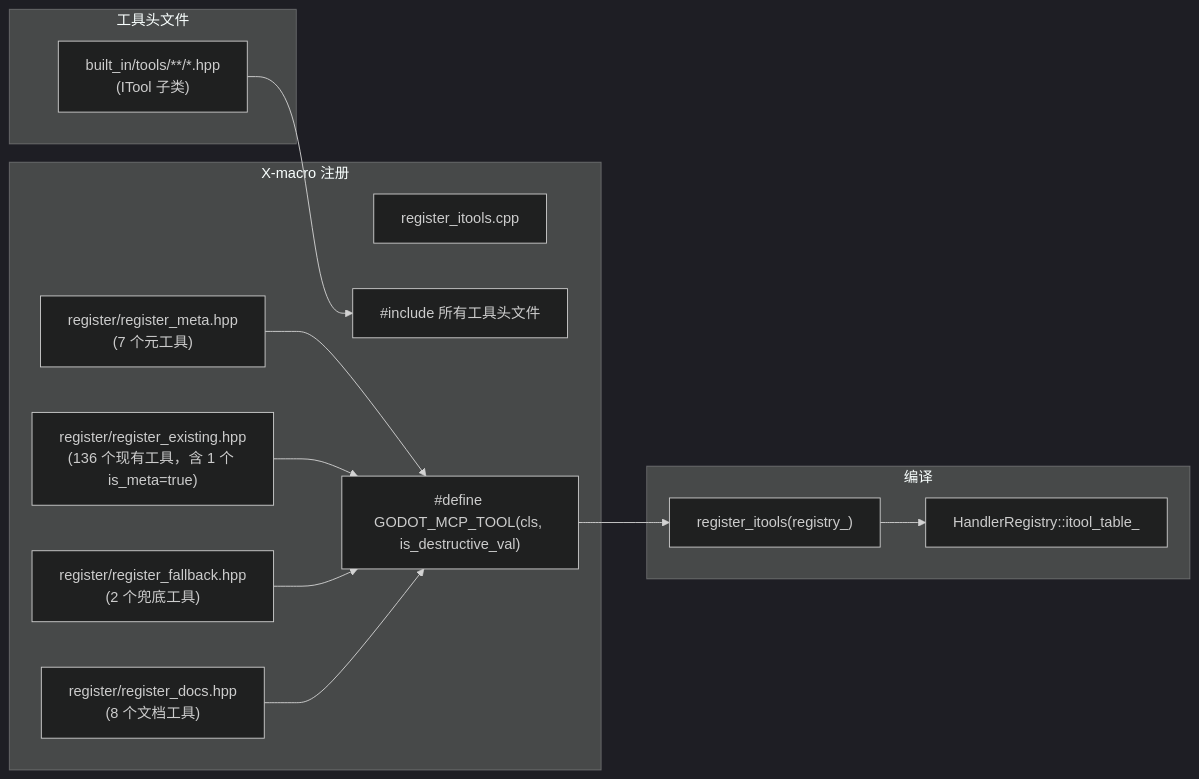
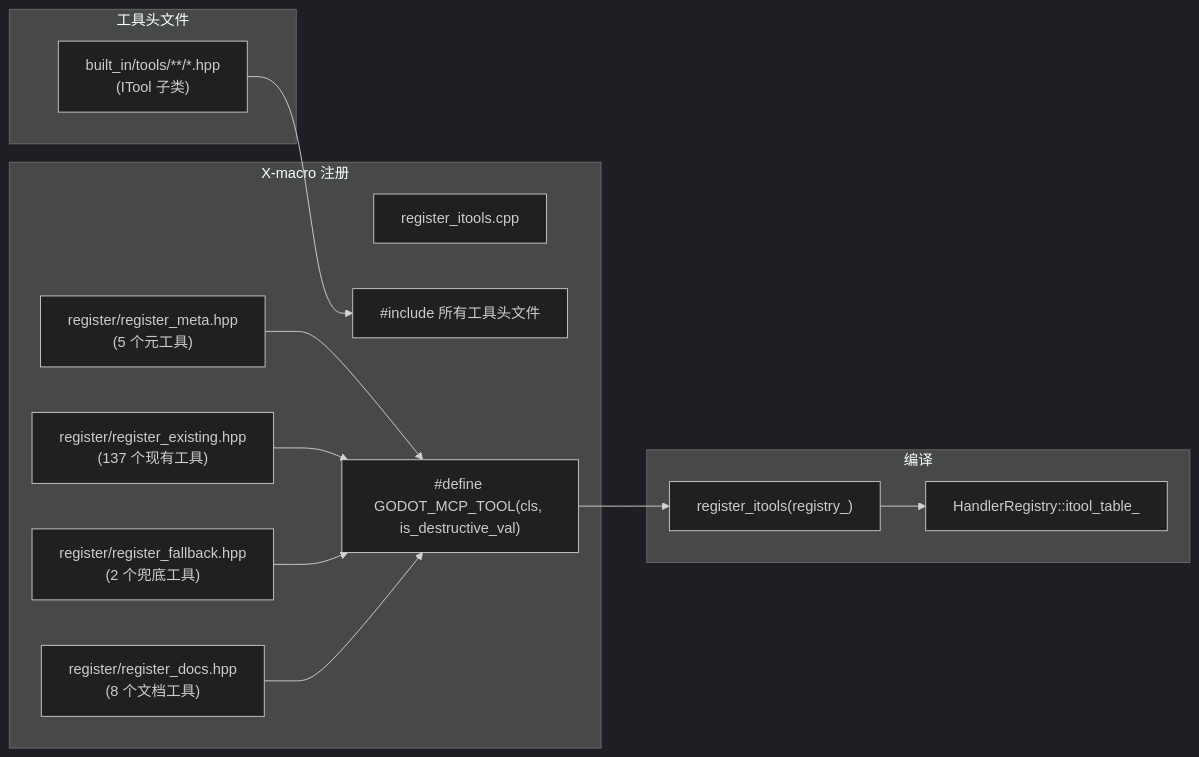
Before and after one commit to jesspig/GodotMCP-GDExtension: the first of 2 diagrams in .repo_wiki/modules/x-macro-registration.md, drawn with Mermaid (dark theme). The commit also changed other lines of this file and 41 other files, not shown here.

````diff
--- a/.repo_wiki/modules/x-macro-registration.md
+++ b/.repo_wiki/modules/x-macro-registration.md
@@ -7,26 +7,26 @@
 ```mermaid
 flowchart LR
     subgraph Headers["工具头文件"]
         HPP["built_in/tools/**/*.hpp<br/>(ITool 子类)"]
     end
     subgraph XMacro["X-macro 注册"]
         REGCPP["register_itools.cpp"]
         INCLUDE["#include 所有工具头文件"]
         MACRO["#define GODOT_MCP_TOOL(cls, is_destructive_val)"]
-        REGMETA["register/register_meta.hpp<br/>(7 个元工具)"]
-        REGEXIST["register/register_existing.hpp<br/>(136 个现有工具，含 1 个 is_meta=true)"]
+        REGMETA["register/register_meta.hpp<br/>(5 个元工具)"]
+        REGEXIST["register/register_existing.hpp<br/>(137 个现有工具)"]
         REGFALL["register/register_fallback.hpp<br/>(2 个兜底工具)"]
         REGDOCS["register/register_docs.hpp<br/>(8 个文档工具)"]
     end
     subgraph Compile["编译"]
         CALL["register_itools(registry_)"]
         ITBL["HandlerRegistry::itool_table_"]
     end
     HPP --> INCLUDE
     REGMETA --> MACRO
     REGEXIST --> MACRO
     REGFALL --> MACRO
     REGDOCS --> MACRO
     MACRO --> CALL
     CALL --> ITBL
 ```
````
